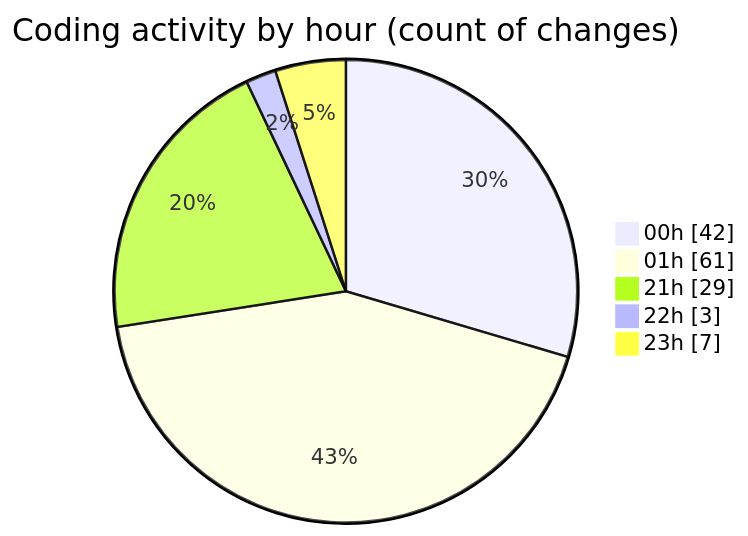
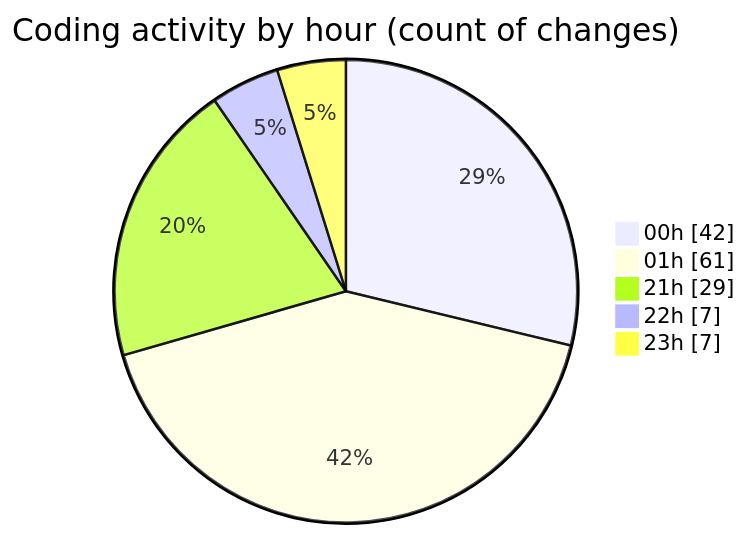
One commit to lephambinh05/code-tracking changed the second of 2 diagrams in 2025-08-12/rentotp/README.md. Above: the diagram before and after it, drawn with Mermaid. The commit also changed other lines of this file and 1 other file, not shown here.

````diff
--- a/2025-08-12/rentotp/README.md
+++ b/2025-08-12/rentotp/README.md
@@ -54,9 +54,9 @@
 ```mermaid
 pie showData
 title Coding activity by hour (count of changes)
 "00h" : 42
 "01h" : 61
 "21h" : 29
-"22h" : 3
+"22h" : 7
 "23h" : 7
 ```
````
